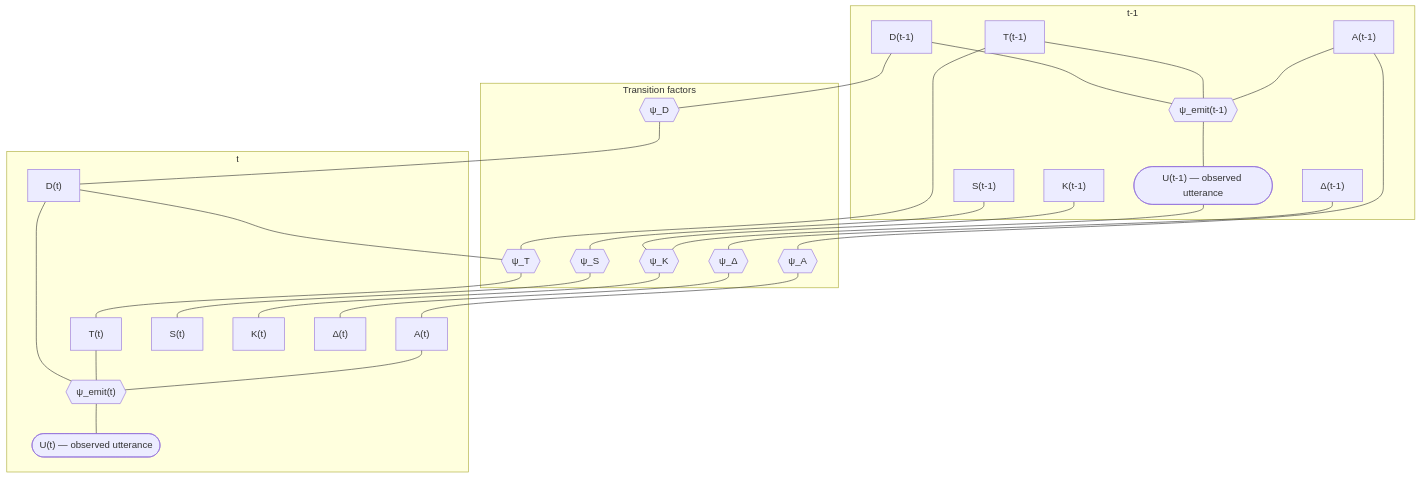
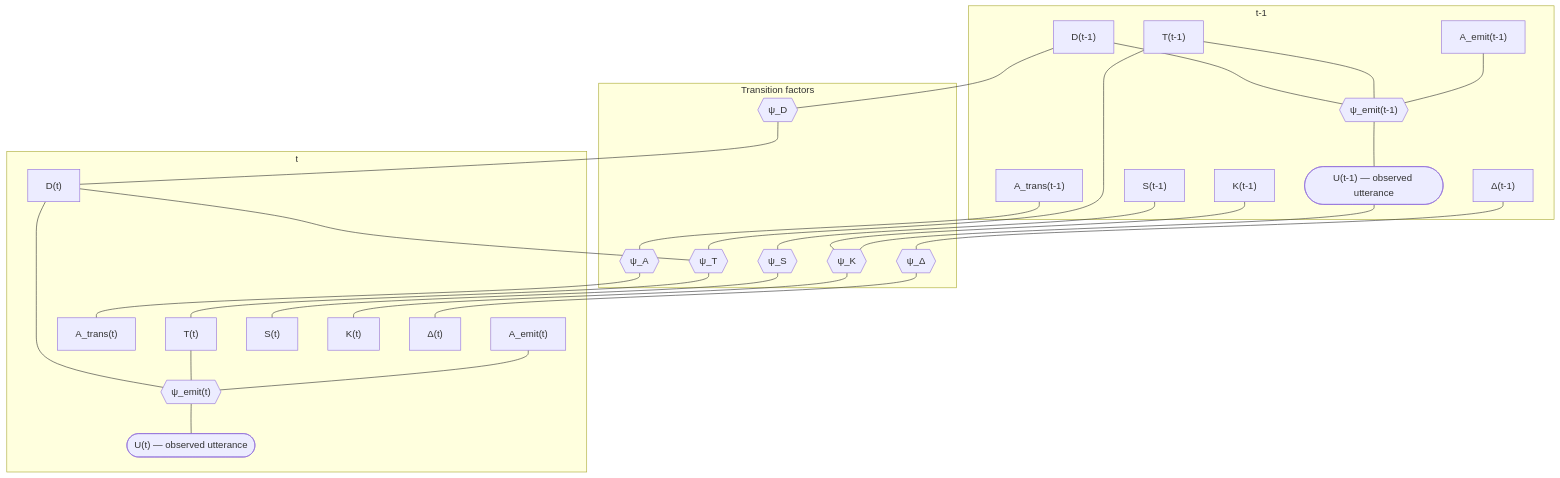
The second of 2 diagrams in docs/LATENT_STATE_ARCHITECTURE.md (krisheswaran/uta_model), drawn with Mermaid before and after one commit. The commit also changed other lines of this file and 2 other files, not shown here.

Commit message:
Architectural updates based on experimental findings

````diff
--- a/docs/LATENT_STATE_ARCHITECTURE.md
+++ b/docs/LATENT_STATE_ARCHITECTURE.md
@@ -412,57 +445,59 @@
 ```mermaid
 graph TD
     subgraph "t-1"
         D1["D(t-1)"]
         T1["T(t-1)"]
-        A1["A(t-1)"]
+        At1["A_trans(t-1)"]
+        Ae1["A_emit(t-1)"]
         S1["S(t-1)"]
         K1["K(t-1)"]
         Delta1["Δ(t-1)"]
         emit1{{"ψ_emit(t-1)"}}
         U1(["U(t-1) — observed utterance"])
         D1 --- emit1
         T1 --- emit1
-        A1 --- emit1
+        Ae1 --- emit1
         emit1 --- U1
     end
 
     subgraph "Transition factors"
         pD{{"ψ_D"}}
         pT{{"ψ_T"}}
         pA{{"ψ_A"}}
         pS{{"ψ_S"}}
         pK{{"ψ_K"}}
         pDelta{{"ψ_Δ"}}
     end
 
     D1 --- pD
     T1 --- pT
-    A1 --- pA
+    At1 --- pA
     S1 --- pS
     K1 --- pK
     Delta1 --- pDelta
     U1 --- pK
 
     subgraph "t"
         D2["D(t)"]
         T2["T(t)"]
-        A2["A(t)"]
+        At2["A_trans(t)"]
+        Ae2["A_emit(t)"]
         S2["S(t)"]
         K2["K(t)"]
         Delta2["Δ(t)"]
         emit2{{"ψ_emit(t)"}}
         U2(["U(t) — observed utterance"])
         D2 --- emit2
         T2 --- emit2
-        A2 --- emit2
+        Ae2 --- emit2
         emit2 --- U2
     end
 
     pD --- D2
     pT --- T2
     D2 --- pT
-    pA --- A2
+    pA --- At2
     pS --- S2
     pK --- K2
     pDelta --- Delta2
 ```
````
